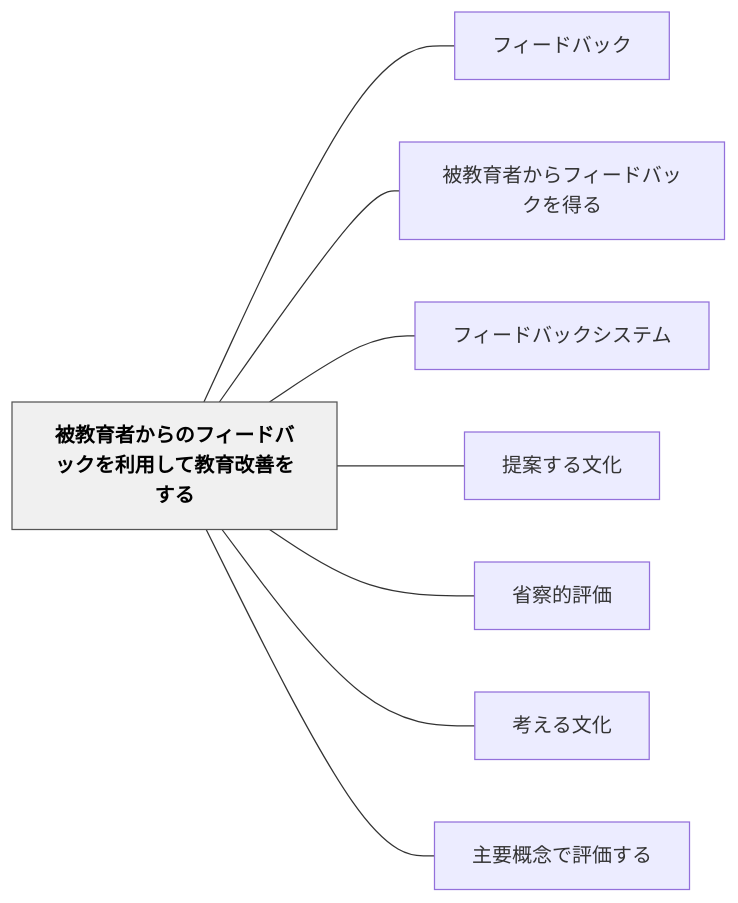
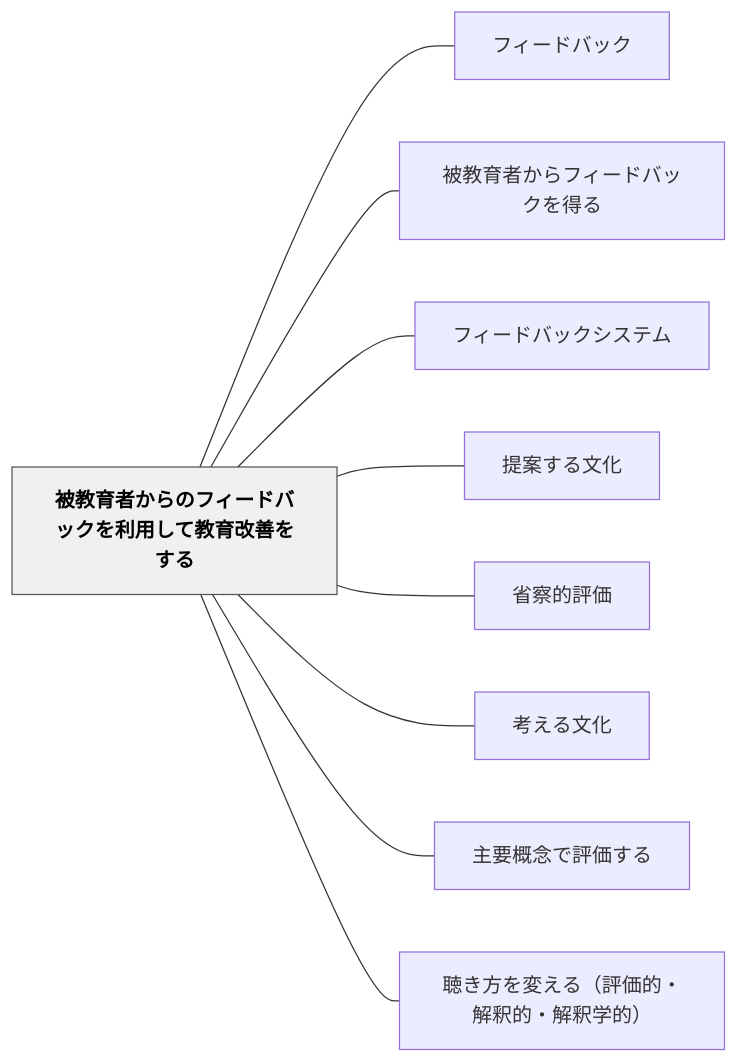
One commit to unknownthings-ed-patterns/unknownthings-ed-patterns changed the diagram in content/パタン/被教育者からのフィードバックを利用して教育改善をする.md. Above: the diagram before and after it, drawn with Mermaid. The commit also changed other lines of this file and 26 other files, not shown here.

````diff
--- a/content/パタン/被教育者からのフィードバックを利用して教育改善をする.md
+++ b/content/パタン/被教育者からのフィードバックを利用して教育改善をする.md
@@ -43,22 +43,24 @@
 ```mermaid
 flowchart LR
     ne8a2abe69599e882b2e88085e3818be38289e381aee38395e382a3e383bce38389e38390e38383e382afe38292e588a9e794a8e38197e381a6e69599e882b2e694b9e59684e38292e38199e3828b["被教育者からのフィードバックを利用して教育改善をする"]
     ne38395e382a3e383bce38389e38390e38383e382af["フィードバック"]
     ne8a2abe69599e882b2e88085e3818be38289e38395e382a3e383bce38389e38390e38383e382afe38292e5be97e3828b["被教育者からフィードバックを得る"]
     ne38395e382a3e383bce38389e38390e38383e382afe382b7e382b9e38386e383a0["フィードバックシステム"]
     ne68f90e6a188e38199e3828be69687e58c96["提案する文化"]
     ne79c81e5af9fe79a84e8a995e4bea1["省察的評価"]
     ne88083e38188e3828be69687e58c96["考える文化"]
     ne4b8bbe8a681e6a682e5bfb5e381a7e8a995e4bea1e38199e3828b["主要概念で評価する"]
+    ne881b4e3818de696b9e38292e5a489e38188e3828befbc88e8a995e4bea1e79a84e383bbe8a7a3e98788e79a84e383bbe8a7a3e98788e5ada6e79a84efbc89["聴き方を変える（評価的・解釈的・解釈学的）"]
 
     ne8a2abe69599e882b2e88085e3818be38289e381aee38395e382a3e383bce38389e38390e38383e382afe38292e588a9e794a8e38197e381a6e69599e882b2e694b9e59684e38292e38199e3828b --- ne38395e382a3e383bce38389e38390e38383e382af
     ne8a2abe69599e882b2e88085e3818be38289e381aee38395e382a3e383bce38389e38390e38383e382afe38292e588a9e794a8e38197e381a6e69599e882b2e694b9e59684e38292e38199e3828b --- ne8a2abe69599e882b2e88085e3818be38289e38395e382a3e383bce38389e38390e38383e382afe38292e5be97e3828b
     ne8a2abe69599e882b2e88085e3818be38289e381aee38395e382a3e383bce38389e38390e38383e382afe38292e588a9e794a8e38197e381a6e69599e882b2e694b9e59684e38292e38199e3828b --- ne38395e382a3e383bce38389e38390e38383e382afe382b7e382b9e38386e383a0
     ne8a2abe69599e882b2e88085e3818be38289e381aee38395e382a3e383bce38389e38390e38383e382afe38292e588a9e794a8e38197e381a6e69599e882b2e694b9e59684e38292e38199e3828b --- ne68f90e6a188e38199e3828be69687e58c96
     ne8a2abe69599e882b2e88085e3818be38289e381aee38395e382a3e383bce38389e38390e38383e382afe38292e588a9e794a8e38197e381a6e69599e882b2e694b9e59684e38292e38199e3828b --- ne79c81e5af9fe79a84e8a995e4bea1
     ne8a2abe69599e882b2e88085e3818be38289e381aee38395e382a3e383bce38389e38390e38383e382afe38292e588a9e794a8e38197e381a6e69599e882b2e694b9e59684e38292e38199e3828b --- ne88083e38188e3828be69687e58c96
     ne8a2abe69599e882b2e88085e3818be38289e381aee38395e382a3e383bce38389e38390e38383e382afe38292e588a9e794a8e38197e381a6e69599e882b2e694b9e59684e38292e38199e3828b --- ne4b8bbe8a681e6a682e5bfb5e381a7e8a995e4bea1e38199e3828b
+    ne8a2abe69599e882b2e88085e3818be38289e381aee38395e382a3e383bce38389e38390e38383e382afe38292e588a9e794a8e38197e381a6e69599e882b2e694b9e59684e38292e38199e3828b --- ne881b4e3818de696b9e38292e5a489e38188e3828befbc88e8a995e4bea1e79a84e383bbe8a7a3e98788e79a84e383bbe8a7a3e98788e5ada6e79a84efbc89
 
     classDef hub fill:#f0f0f0,stroke:#555,color:#000,font-weight:bold
     class ne8a2abe69599e882b2e88085e3818be38289e381aee38395e382a3e383bce38389e38390e38383e382afe38292e588a9e794a8e38197e381a6e69599e882b2e694b9e59684e38292e38199e3828b hub
 ```
````
